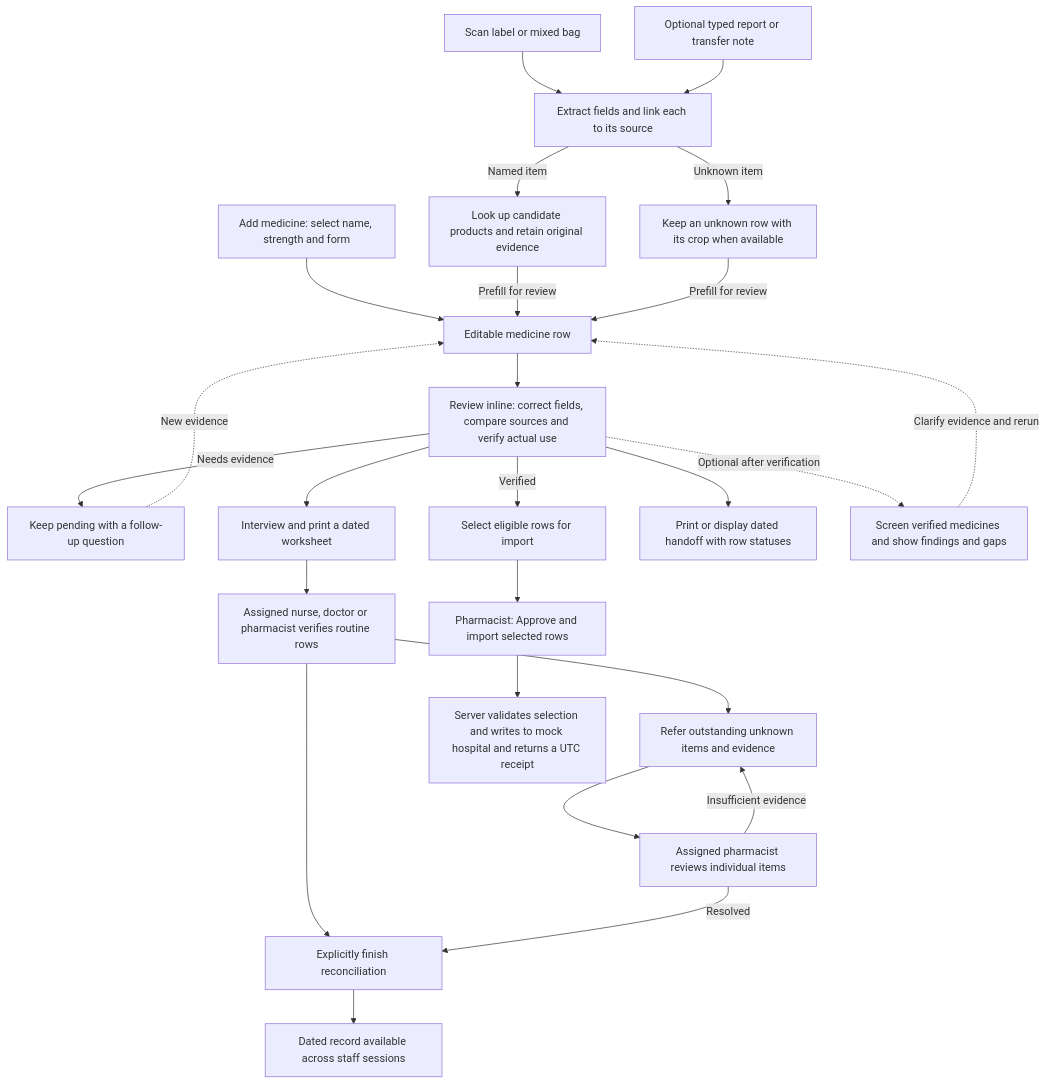
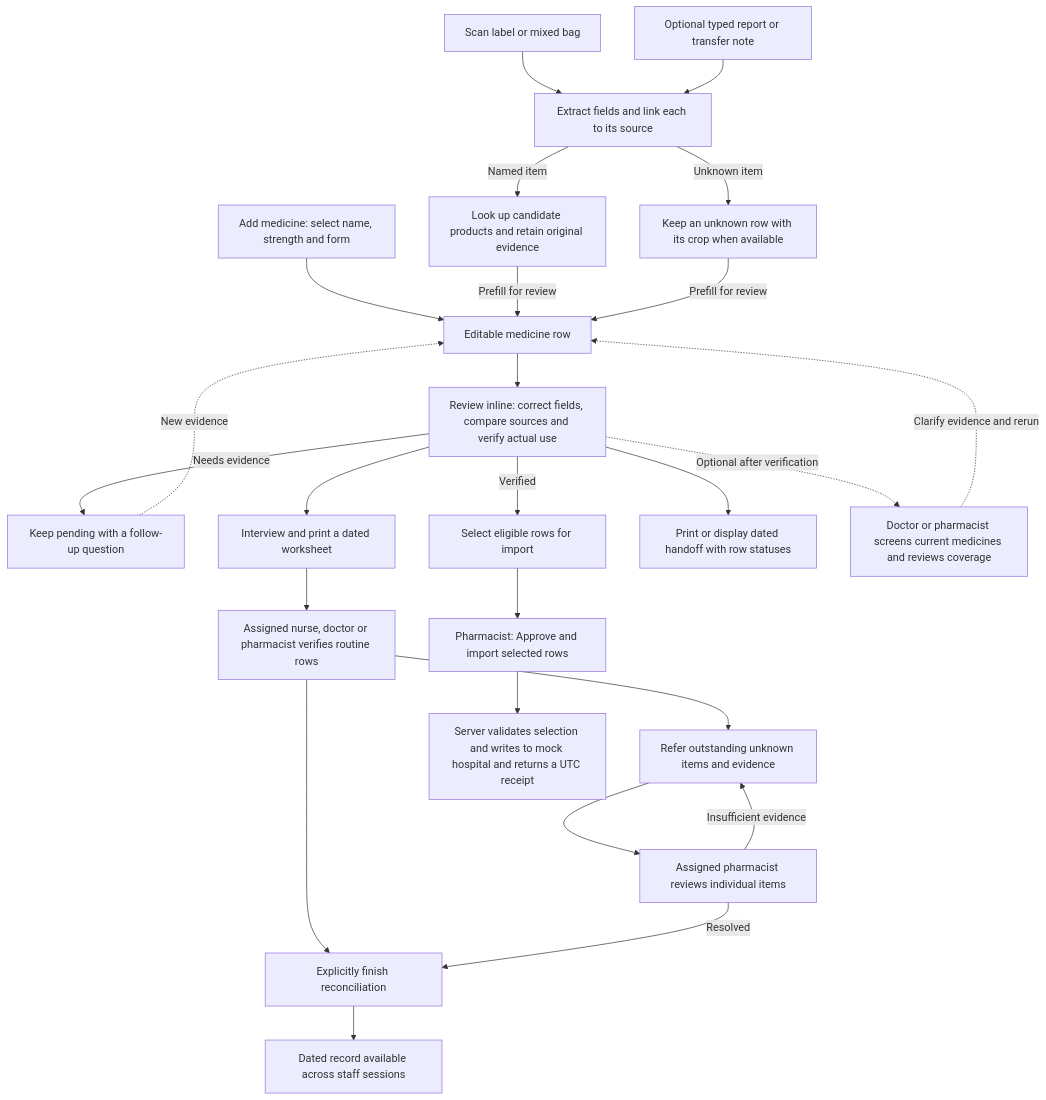
One commit to pakornds/Medication-Reader changed the diagram in docs/specs/medication-reader-v1.md. Above: the diagram before and after it, drawn with Mermaid. The commit also changed other lines of this file and 2 other files, not shown here.

Commit message:
Align optional screening and medication-error recording policies

````diff
--- a/docs/specs/medication-reader-v1.md
+++ b/docs/specs/medication-reader-v1.md
@@ -13,27 +13,27 @@
 ```mermaid
 flowchart TD
   manual["Add medicine: select name, strength and form"] --> row["Editable medicine row"]
   scan["Scan label or mixed bag"] --> extract["Extract fields and link each to its source"]
   note["Optional typed report or transfer note"] --> extract
   extract -->|Named item| lookup["Look up candidate products and retain original evidence"]
   extract -->|Unknown item| unknown["Keep an unknown row with its crop when available"]
   lookup -->|Prefill for review| row
   unknown -->|Prefill for review| row
   row --> review["Review inline: correct fields, compare sources and verify actual use"]
   review -->|Needs evidence| pending["Keep pending with a follow-up question"]
   pending -.->|New evidence| row
   review -->|Verified| eligible["Select eligible rows for import"]
   review --> interview["Interview and print a dated worksheet"]
   interview --> verify["Assigned nurse, doctor or pharmacist verifies routine rows"]
   verify --> finish["Explicitly finish reconciliation"]
   verify --> refer["Refer outstanding unknown items and evidence"]
   refer --> pharmacy["Assigned pharmacist reviews individual items"]
   pharmacy -->|Resolved| finish
   pharmacy -->|Insufficient evidence| refer
   finish --> reviewed["Dated record available across staff sessions"]
   review --> handoff["Print or display dated handoff with row statuses"]
   eligible --> approve["Pharmacist: Approve and import selected rows"]
   approve --> receipt["Server validates selection and writes to mock hospital and returns a UTC receipt"]
-  review -.->|Optional after verification| checks["Screen verified medicines and show findings and gaps"]
+  review -.->|Optional after verification| checks["Doctor or pharmacist screens current medicines and reviews coverage"]
   checks -.->|Clarify evidence and rerun| row
 ```
````
